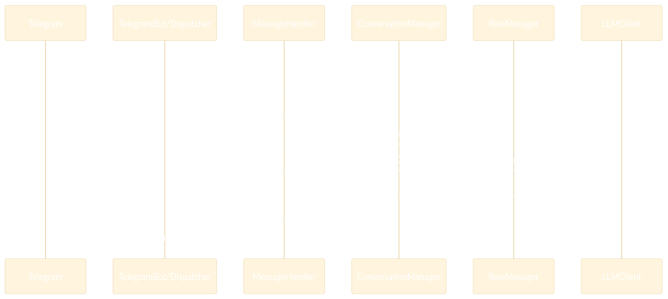
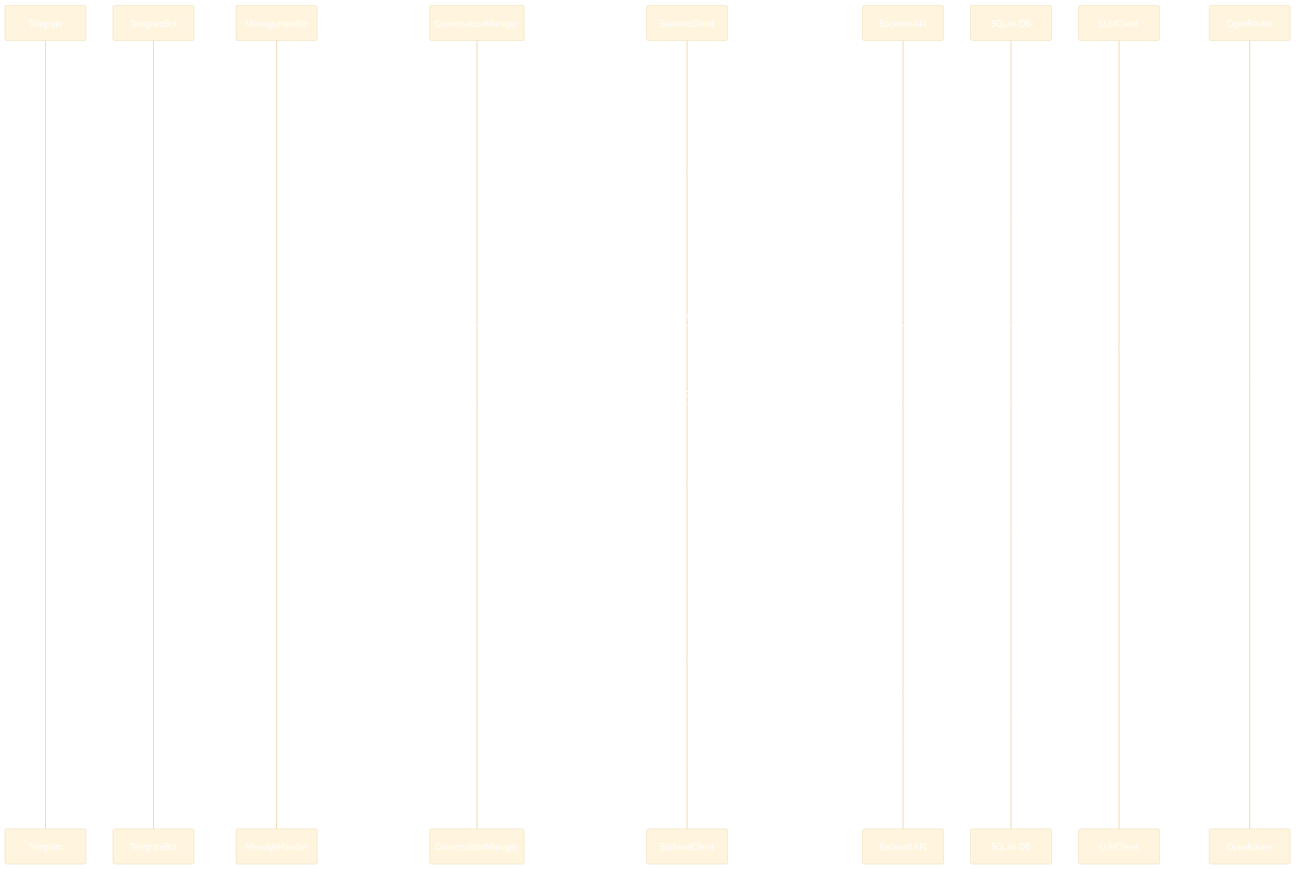
Before and after one commit to andreymakarov/systech-aidd: the second of 2 diagrams in doc/guides/architecture-overview.md, drawn with Mermaid. The commit also changed other lines of this file and 85 other files, not shown here.

First line of the commit message:
refactor: reorganize project into backend/bot/frontend structure

````diff
--- a/doc/guides/architecture-overview.md
+++ b/doc/guides/architecture-overview.md
@@ -40,19 +92,48 @@
 ```mermaid
 %%{init: {"theme":"base","themeVariables": {"background":"#000000","primaryTextColor":"#FFFFFF","lineColor":"#FFFFFF","secondaryColor":"#111111","tertiaryColor":"#222222"}}}%%
 sequenceDiagram
     participant T as Telegram
-    participant B as TelegramBot/Dispatcher
+    participant Bot as TelegramBot
     participant H as MessageHandler
     participant CM as ConversationManager
-    participant R as RoleManager
-    participant L as LLMClient
+    participant BC as BackendClient
+    participant API as Backend API
+    participant DB as SQLite DB
+    participant LLM as LLMClient
+    participant OR as OpenRouter
 
-    T->>B: Текст / Команда
-    B->>H: Вызов обработчика
-    H->>CM: Получить историю
-    H->>R: Загрузить роль (если задан)
-    H->>L: ChatCompletion (system+history+user)
-    L-->>H: Ответ ассистента
-    H->>CM: Обновить историю
-    H-->>T: Ответ пользователю
+    T->>Bot: User message
+    Bot->>H: handle_text_message()
+    H->>CM: get_history(user_id)
+    CM->>BC: get_conversation_history(user_id)
+    BC->>API: GET /api/v1/conversations/{user_id}/messages
+    API->>DB: SELECT messages
+    DB-->>API: message rows
+    API-->>BC: JSON response
+    BC-->>CM: list[dict]
+    CM-->>H: history
+    
+    H->>LLM: generate_response(messages)
+    LLM->>OR: Chat completion API call
+    OR-->>LLM: Assistant response
+    LLM-->>H: response text
+    
+    H->>CM: add_message(user_id, "user", text)
+    CM->>BC: create_message(user_id, "user", text)
+    BC->>API: POST /api/v1/messages
+    API->>DB: INSERT message
+    DB-->>API: message id
+    API-->>BC: JSON response
+    BC-->>CM: message data
+    
+    H->>CM: add_message(user_id, "assistant", response)
+    CM->>BC: create_message(user_id, "assistant", response)
+    BC->>API: POST /api/v1/messages
+    API->>DB: INSERT message
+    DB-->>API: message id
+    API-->>BC: JSON response
+    BC-->>CM: message data
+    
+    H->>Bot: answer(response)
+    Bot->>T: Send message
 ```
````
